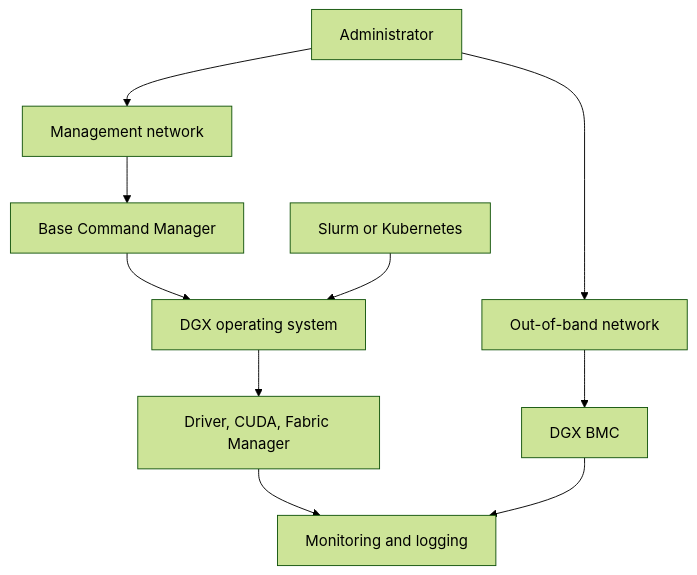
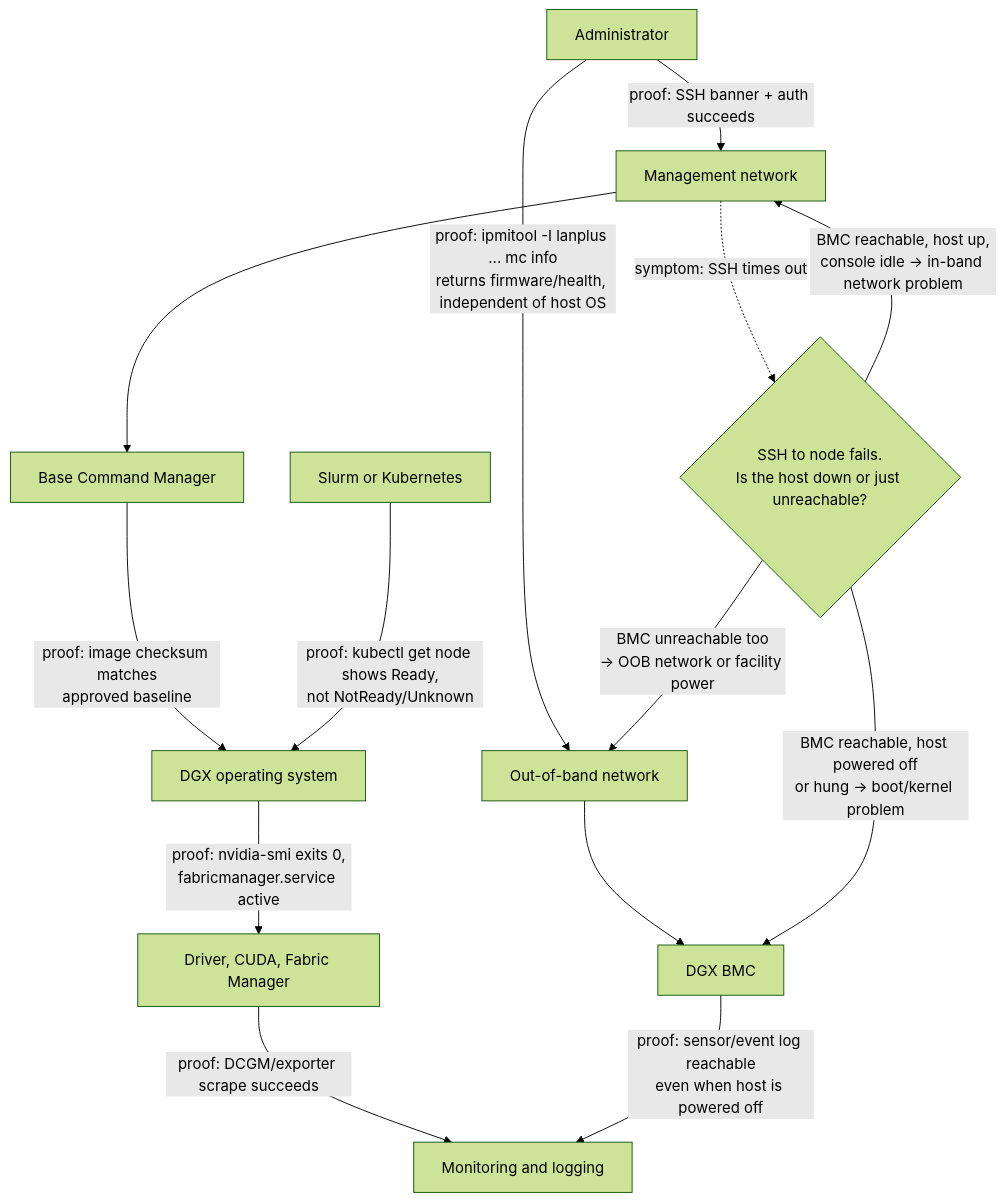
The first of 4 diagrams in docs/nvidia-zero-to-hero/volume-05/chapter-03-dgx-management-plane.md (jithinpnjm/nvidia-devops), drawn with Mermaid (forest theme) before and after one commit. The commit also changed other lines of this file and 5 other files, not shown here.

````diff
--- a/docs/nvidia-zero-to-hero/volume-05/chapter-03-dgx-management-plane.md
+++ b/docs/nvidia-zero-to-hero/volume-05/chapter-03-dgx-management-plane.md
@@ -43,19 +43,25 @@
 ```mermaid
 flowchart TD
     Admin[Administrator]
     OOB[Out-of-band network]
     BMC[DGX BMC]
     Mgmt[Management network]
     BCM[Base Command Manager]
     OS[DGX operating system]
     GPU[Driver, CUDA, Fabric Manager]
     Orch[Slurm or Kubernetes]
     Obs[Monitoring and logging]
+    Down{"SSH to node fails.<br/>Is the host down or just unreachable?"}
 
-    Admin --> OOB --> BMC
-    Admin --> Mgmt --> BCM
-    BCM --> OS --> GPU
-    Orch --> OS
-    GPU --> Obs
-    BMC --> Obs
+    Admin -->|"proof: ipmitool -I lanplus ... mc info<br/>returns firmware/health, independent of host OS"| OOB --> BMC
+    Admin -->|"proof: SSH banner + auth succeeds"| Mgmt --> BCM
+    BCM -->|"proof: image checksum matches<br/>approved baseline"| OS -->|"proof: nvidia-smi exits 0,<br/>fabricmanager.service active"| GPU
+    Orch -->|"proof: kubectl get node shows Ready,<br/>not NotReady/Unknown"| OS
+    GPU -->|"proof: DCGM/exporter scrape succeeds"| Obs
+    BMC -->|"proof: sensor/event log reachable<br/>even when host is powered off"| Obs
+
+    Mgmt -.->|"symptom: SSH times out"| Down
+    Down -->|"BMC reachable, host powered off<br/>or hung → boot/kernel problem"| BMC
+    Down -->|"BMC unreachable too<br/>→ OOB network or facility power"| OOB
+    Down -->|"BMC reachable, host up,<br/>console idle → in-band network problem"| Mgmt
 ```
````
